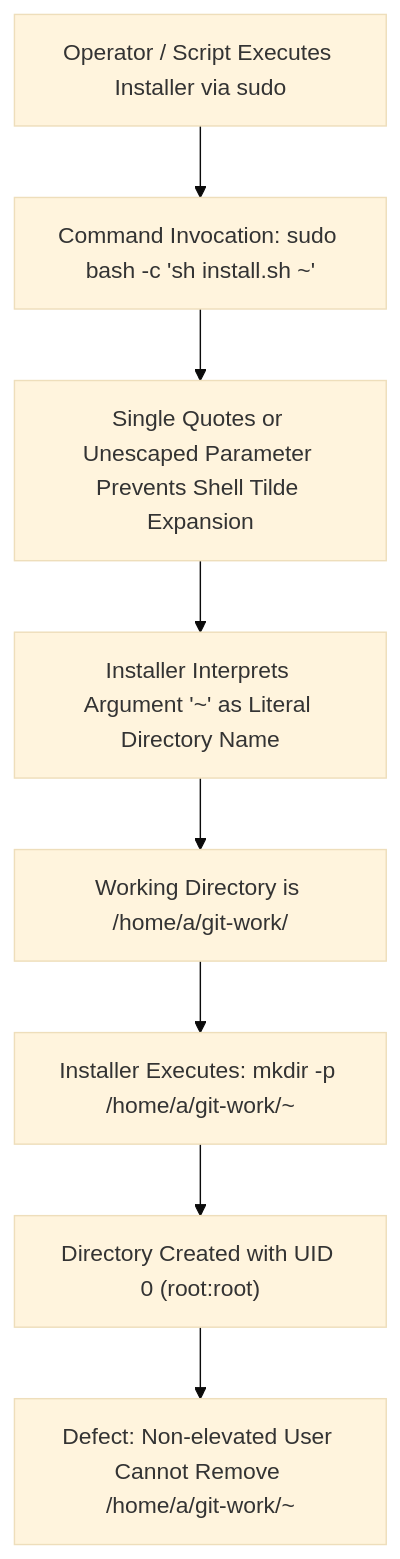
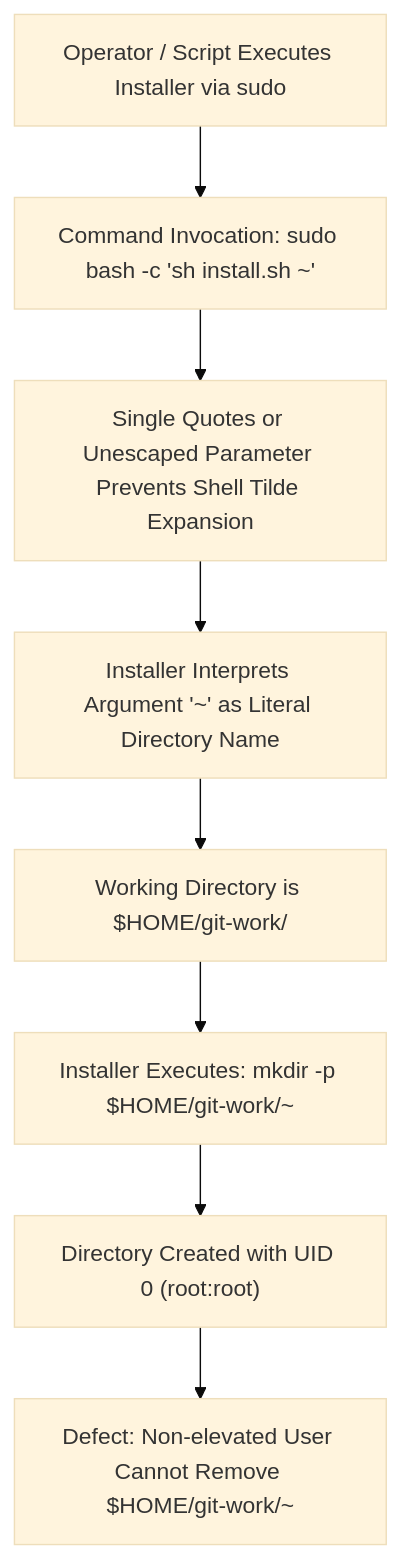
One commit to alimtvnetwork/gitmap-v28 changed the second of 3 diagrams in 02-spec/21-app/215-ubuntu-fleet-cleanup-antigravity-projects-and-app-manager/01-architecture-spec.md. Above: the diagram before and after it, drawn with Mermaid (base theme). The commit also changed other lines of this file and 49 other files, not shown here.

````diff
--- a/02-spec/21-app/215-ubuntu-fleet-cleanup-antigravity-projects-and-app-manager/01-architecture-spec.md
+++ b/02-spec/21-app/215-ubuntu-fleet-cleanup-antigravity-projects-and-app-manager/01-architecture-spec.md
@@ -95,10 +95,10 @@
 ```mermaid
 flowchart TD
     A["Operator / Script Executes Installer via sudo"] --> B["Command Invocation: sudo bash -c 'sh install.sh ~'"]
     B --> C["Single Quotes or Unescaped Parameter Prevents Shell Tilde Expansion"]
     C --> D["Installer Interprets Argument '~' as Literal Directory Name"]
-    D --> E["Working Directory is /home/a/git-work/"]
-    E --> F["Installer Executes: mkdir -p /home/a/git-work/~"]
+    D --> E["Working Directory is $HOME/git-work/"]
+    E --> F["Installer Executes: mkdir -p $HOME/git-work/~"]
     F --> G["Directory Created with UID 0 (root:root)"]
-    G --> H["Defect: Non-elevated User Cannot Remove /home/a/git-work/~"]
+    G --> H["Defect: Non-elevated User Cannot Remove $HOME/git-work/~"]
 ```
````
